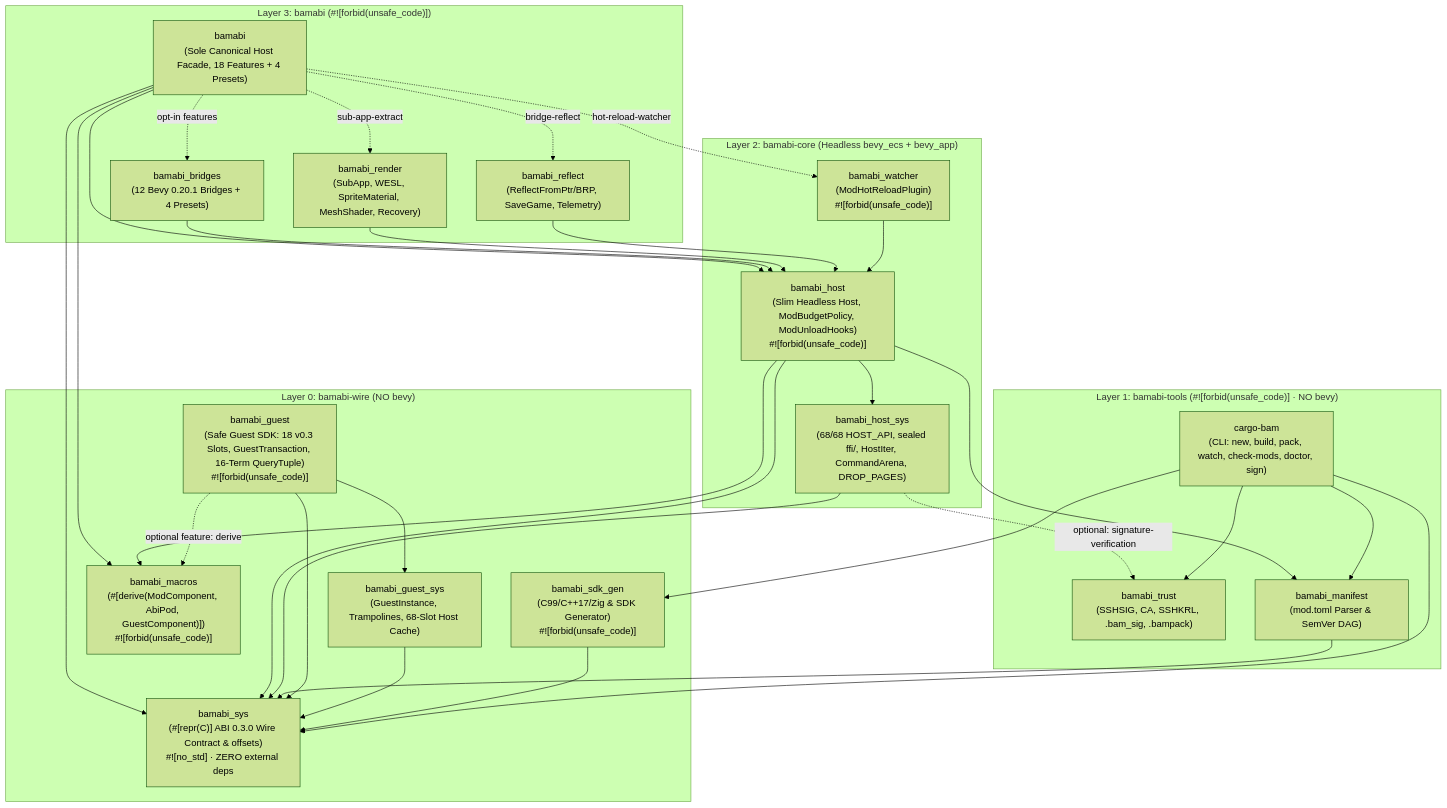
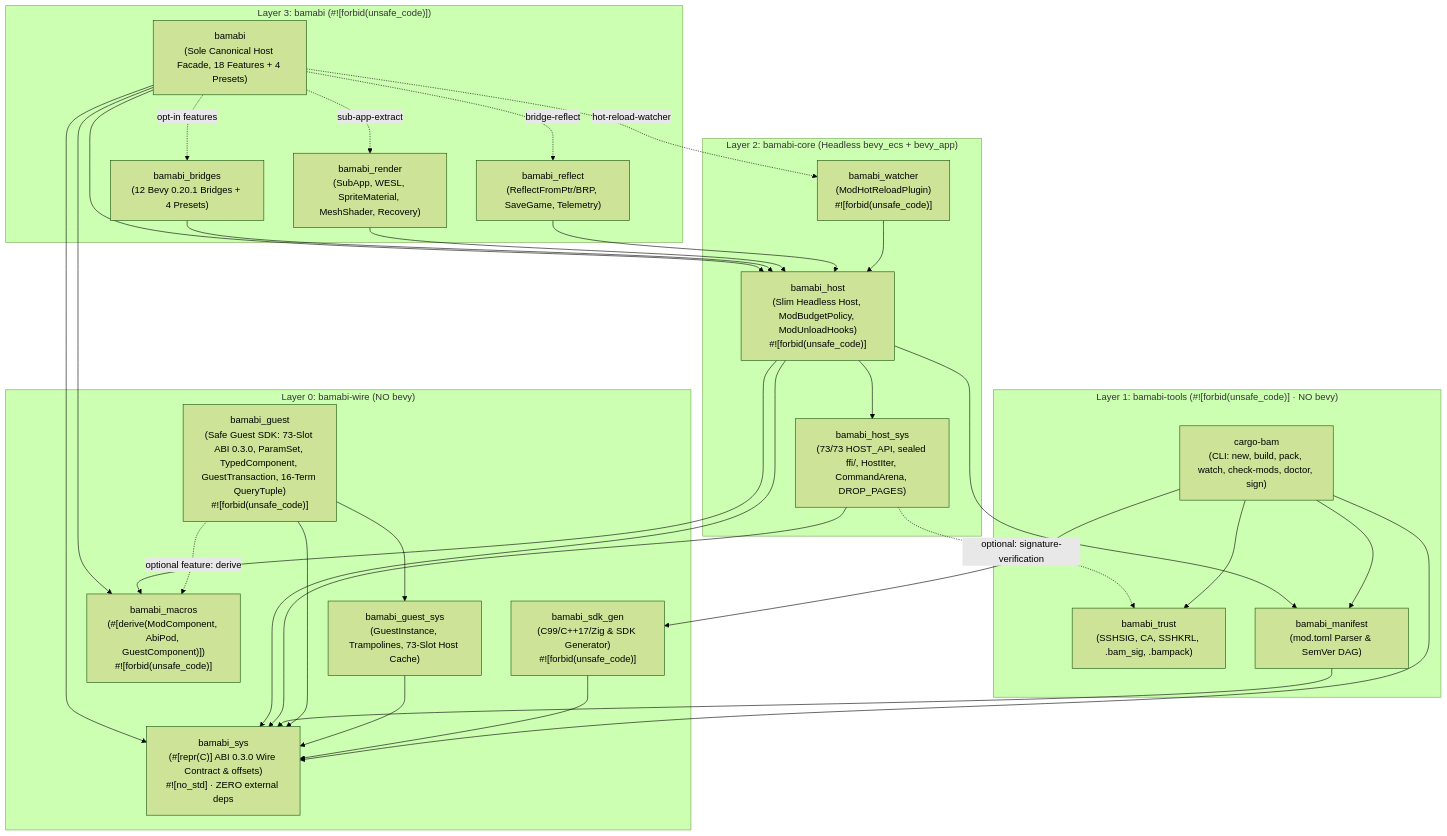
Before and after one commit to yaga-simha/bamabi-wire: the diagram in spec.md, drawn with Mermaid (forest theme). The commit also changed other lines of this file and 34 other files, not shown here.

````diff
--- a/spec.md
+++ b/spec.md
@@ -37,46 +37,46 @@
 ```mermaid
 flowchart TD
     subgraph L3["Layer 3: bamabi (#![forbid(unsafe_code)])"]
         BAM["bamabi<br/>(Sole Canonical Host Facade, 18 Features + 4 Presets)"]
         BRIDGES["bamabi_bridges<br/>(12 Bevy 0.20.1 Bridges + 4 Presets)"]
         RENDER["bamabi_render<br/>(SubApp, WESL, SpriteMaterial, MeshShader, Recovery)"]
         REFLECT["bamabi_reflect<br/>(ReflectFromPtr/BRP, SaveGame, Telemetry)"]
     end
 
     subgraph L2["Layer 2: bamabi-core (Headless bevy_ecs + bevy_app)"]
         HOST["bamabi_host<br/>(Slim Headless Host, ModBudgetPolicy, ModUnloadHooks)<br/>#![forbid(unsafe_code)]"]
         WATCHER["bamabi_watcher<br/>(ModHotReloadPlugin)<br/>#![forbid(unsafe_code)]"]
-        HOST_SYS["bamabi_host_sys<br/>(68/68 HOST_API, sealed ffi/, HostIter, CommandArena, DROP_PAGES)"]
+        HOST_SYS["bamabi_host_sys<br/>(73/73 HOST_API, sealed ffi/, HostIter, CommandArena, DROP_PAGES)"]
     end
 
     subgraph L1["Layer 1: bamabi-tools (#![forbid(unsafe_code)] · NO bevy)"]
         TRUST["bamabi_trust<br/>(SSHSIG, CA, SSHKRL, .bam_sig, .bampack)"]
         MANIFEST["bamabi_manifest<br/>(mod.toml Parser & SemVer DAG)"]
         CLI["cargo-bam<br/>(CLI: new, build, pack, watch, check-mods, doctor, sign)"]
     end
 
     subgraph L0["Layer 0: bamabi-wire (NO bevy)"]
-        GUEST["bamabi_guest<br/>(Safe Guest SDK: 18 v0.3 Slots, GuestTransaction, 16-Term QueryTuple)<br/>#![forbid(unsafe_code)]"]
+        GUEST["bamabi_guest<br/>(Safe Guest SDK: 73-Slot ABI 0.3.0, ParamSet, TypedComponent, GuestTransaction, 16-Term QueryTuple)<br/>#![forbid(unsafe_code)]"]
         SDKGEN["bamabi_sdk_gen<br/>(C99/C++17/Zig & SDK Generator)<br/>#![forbid(unsafe_code)]"]
         MACROS["bamabi_macros<br/>(#[derive(ModComponent, AbiPod, GuestComponent)])<br/>#![forbid(unsafe_code)]"]
-        GUEST_SYS["bamabi_guest_sys<br/>(GuestInstance, Trampolines, 68-Slot Host Cache)"]
+        GUEST_SYS["bamabi_guest_sys<br/>(GuestInstance, Trampolines, 73-Slot Host Cache)"]
         SYS["bamabi_sys<br/>(#[repr(C)] ABI 0.3.0 Wire Contract & offsets)<br/>#![no_std] · ZERO external deps"]
     end
 
     BAM --> HOST & MACROS & SYS
     BAM -. "opt-in features" .-> BRIDGES
     BAM -. "sub-app-extract" .-> RENDER
     BAM -. "bridge-reflect" .-> REFLECT
     BAM -. "hot-reload-watcher" .-> WATCHER
 
     BRIDGES & RENDER & REFLECT & WATCHER --> HOST
     HOST --> HOST_SYS & MANIFEST & MACROS & SYS
     HOST_SYS -. "optional: signature-verification" .-> TRUST
     HOST_SYS --> SYS
     MANIFEST --> SYS
     GUEST --> GUEST_SYS & SYS
     GUEST -. "optional feature: derive" .-> MACROS
     GUEST_SYS --> SYS
     SDKGEN --> SYS
     CLI --> SYS & TRUST & MANIFEST & SDKGEN
 ```
````
